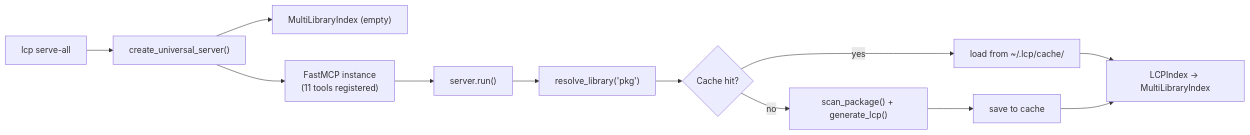
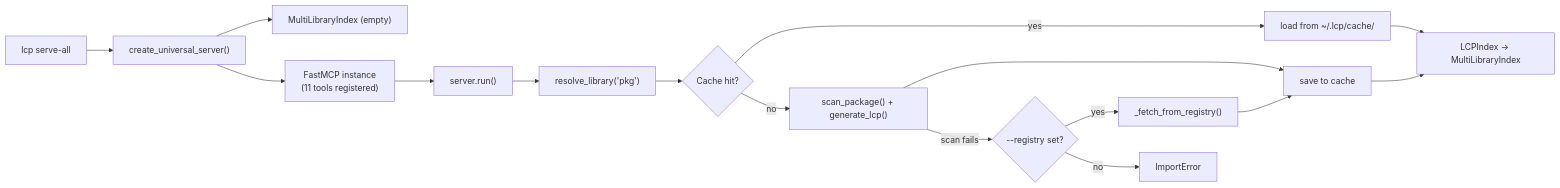
One commit to zazza123/lcp changed the second of 4 diagrams in docs/mcp_server/architecture.md. Above: the diagram before and after it, drawn with Mermaid. The commit also changed other lines of this file and 1 other file, not shown here.

First line of the commit message:
DOC: Update MCP server docs with registry fallback

````diff
--- a/docs/mcp_server/architecture.md
+++ b/docs/mcp_server/architecture.md
@@ -25,14 +25,18 @@
 ```mermaid
 flowchart LR
     A["lcp serve-all"] --> B["create_universal_server()"]
     B --> C["MultiLibraryIndex (empty)"]
     B --> D["FastMCP instance\n(11 tools registered)"]
     D --> E["server.run()"]
     E --> F["resolve_library('pkg')"]
     F --> G{"Cache hit?"}
     G -- yes --> H["load from ~/.lcp/cache/"]
     G -- no --> I["scan_package() + generate_lcp()"]
     I --> J["save to cache"]
+    I -- scan fails --> R{"--registry set?"}
+    R -- yes --> S["_fetch_from_registry()"]
+    S --> J
+    R -- no --> ERR["ImportError"]
     H --> K["LCPIndex → MultiLibraryIndex"]
     J --> K
 ```
````
